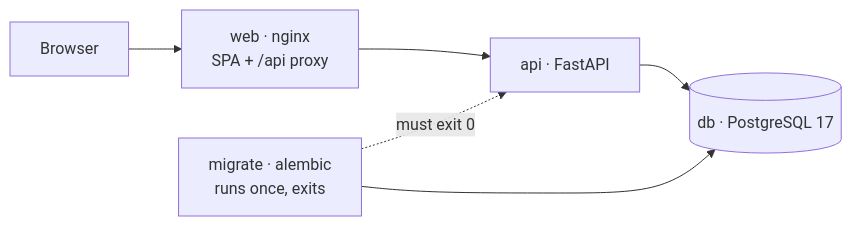
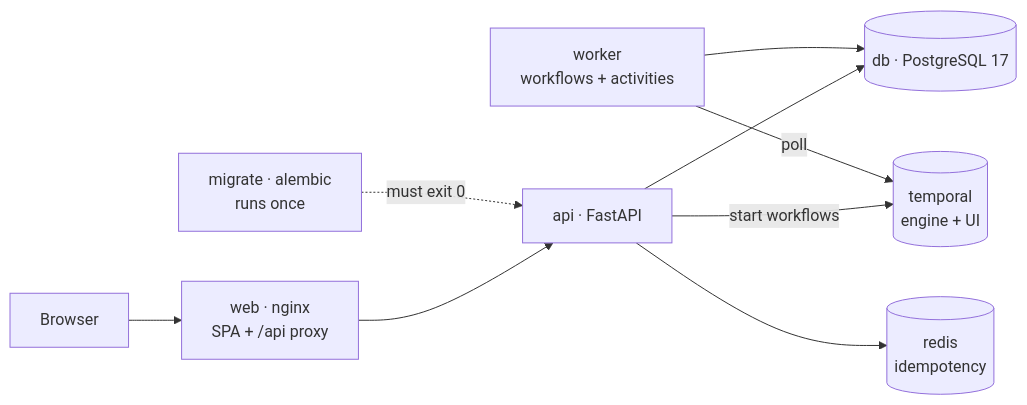
One commit to musman-se/smart-hire changed the diagram in README.md. Above: the diagram before and after it, drawn with Mermaid. The commit also changed other lines of this file and 4 other files, not shown here.

````diff
--- a/README.md
+++ b/README.md
@@ -49,8 +41,11 @@
 ```mermaid
 flowchart LR
     Browser --> web["web · nginx<br/>SPA + /api proxy"]
     web --> api["api · FastAPI"]
-    migrate["migrate · alembic<br/>runs once, exits"] -.->|must exit 0| api
     api --> db[("db · PostgreSQL 17")]
-    migrate --> db
+    api -->|start workflows| temporal[("temporal<br/>engine + UI")]
+    api --> redis[("redis<br/>idempotency")]
+    worker["worker<br/>workflows + activities"] -->|poll| temporal
+    worker --> db
+    migrate["migrate · alembic<br/>runs once"] -.->|must exit 0| api
 ```
````
